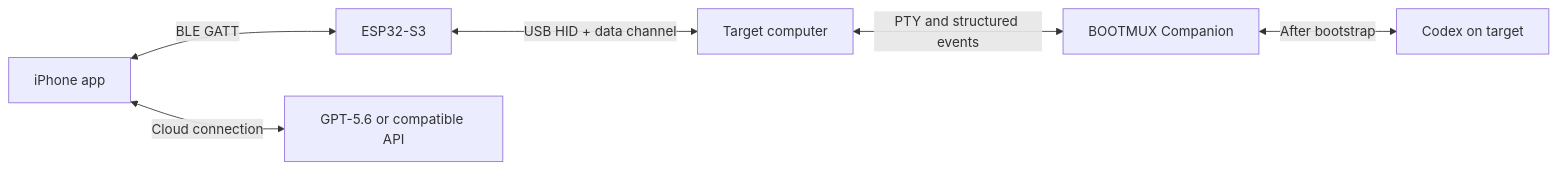
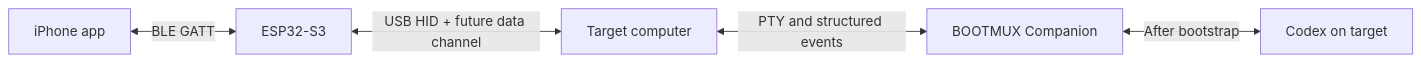
The diagram in README.md (oxcandy-lgtm/BOOTMUX), drawn with Mermaid before and after one commit. The commit also changed other lines of this file, not shown here.

````diff
--- a/README.md
+++ b/README.md
@@ -17,8 +52,7 @@
 ```mermaid
 flowchart LR
     A[iPhone app] <-->|BLE GATT| B[ESP32-S3]
-    B <-->|USB HID + data channel| C[Target computer]
+    B <-->|USB HID + future data channel| C[Target computer]
     C <-->|PTY and structured events| D[BOOTMUX Companion]
-    A <-->|Cloud connection| E[GPT-5.6 or compatible API]
     D <-->|After bootstrap| F[Codex on target]
 ```
````
